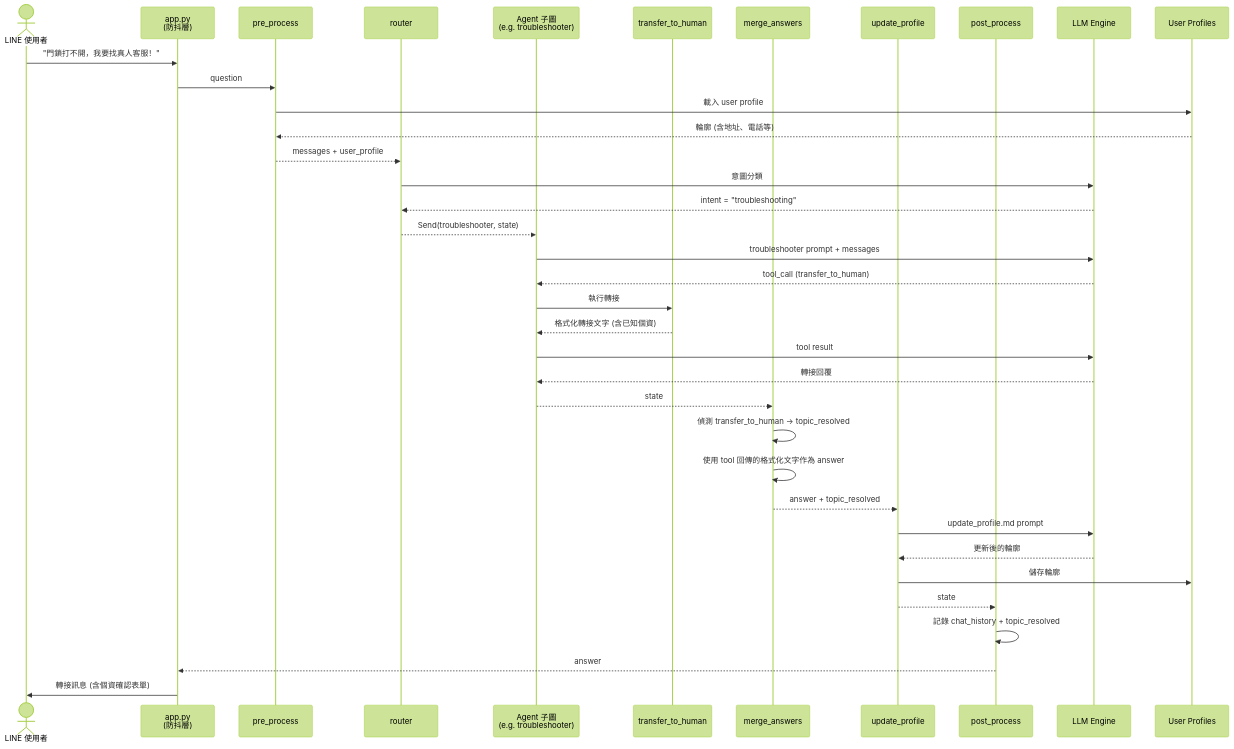
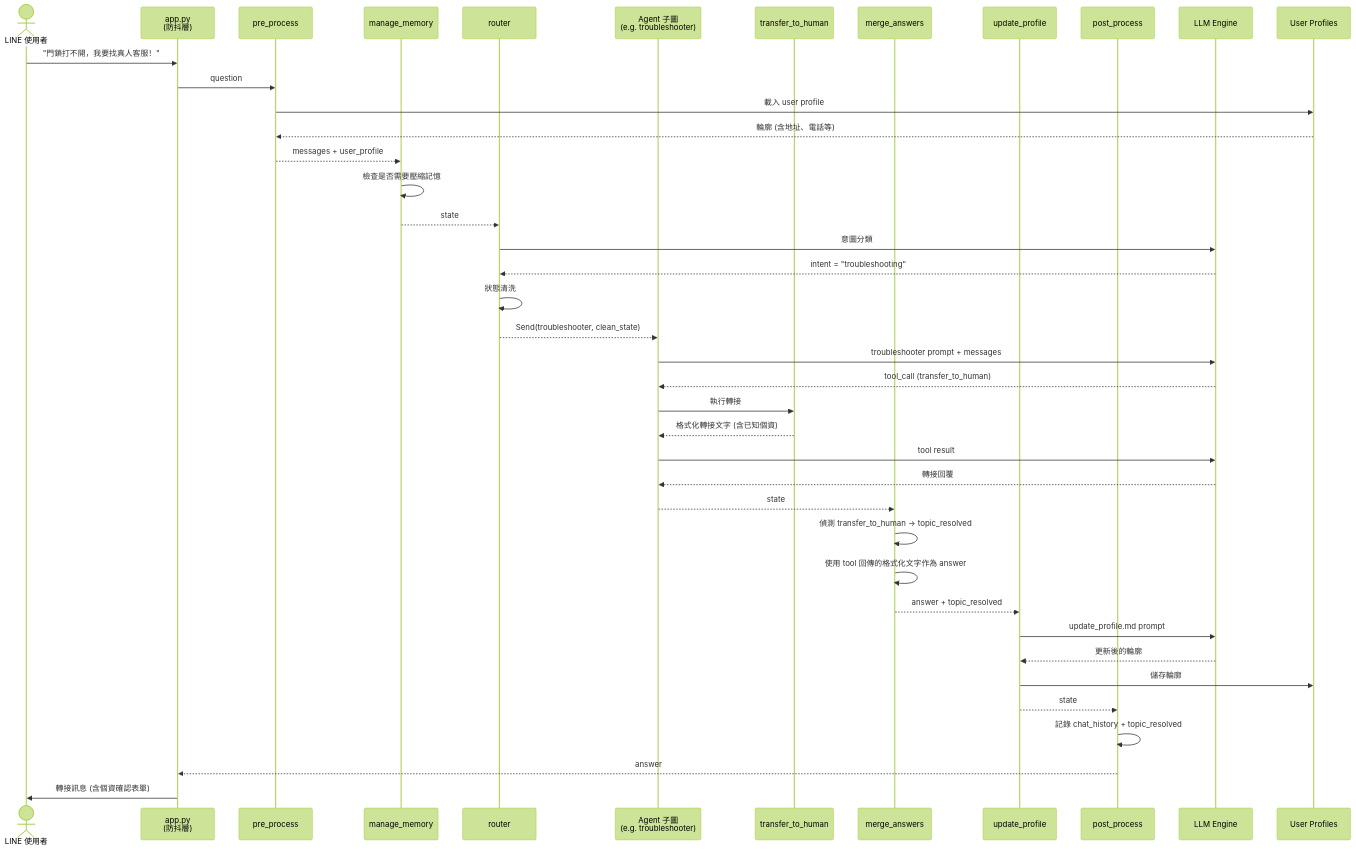
The fourth of 4 diagrams in docs/系統架構與流程圖.md (Imding1211/lock_AI_Agent), drawn with Mermaid (forest theme) before and after one commit. The commit also changed other lines of this file and 19 other files, not shown here.

First line of the commit message:
feat: 語意記憶壓縮 + SQLite 持久化 + Send() 狀態清洗 + 架構圖/文件全面更新

````diff
--- a/docs/系統架構與流程圖.md
+++ b/docs/系統架構與流程圖.md
@@ -264,46 +283,51 @@
 ```mermaid
 sequenceDiagram
     actor User as LINE 使用者
     participant App as app.py<br/>(防抖層)
     participant PP as pre_process
+    participant MM as manage_memory
     participant RT as router
     participant Agent as Agent 子圖<br/>(e.g. troubleshooter)
     participant Tool as transfer_to_human
     participant MA as merge_answers
     participant UP as update_profile
     participant Post as post_process
     participant LLM as LLM Engine
     participant Profile as User Profiles
 
     User->>App: "門鎖打不開，我要找真人客服！"
     App->>PP: question
 
     PP->>Profile: 載入 user profile
     Profile-->>PP: 輪廓 (含地址、電話等)
-    PP-->>RT: messages + user_profile
+    PP-->>MM: messages + user_profile
+
+    MM->>MM: 檢查是否需要壓縮記憶
+    MM-->>RT: state
 
     RT->>LLM: 意圖分類
     LLM-->>RT: intent = "troubleshooting"
-    RT-->>Agent: Send(troubleshooter, state)
+    RT->>RT: 狀態清洗
+    RT-->>Agent: Send(troubleshooter, clean_state)
 
     Agent->>LLM: troubleshooter prompt + messages
     LLM-->>Agent: tool_call (transfer_to_human)
     Agent->>Tool: 執行轉接
     Tool-->>Agent: 格式化轉接文字 (含已知個資)
     Agent->>LLM: tool result
     LLM-->>Agent: 轉接回覆
 
     Agent-->>MA: state
     MA->>MA: 偵測 transfer_to_human → topic_resolved
     MA->>MA: 使用 tool 回傳的格式化文字作為 answer
 
     MA-->>UP: answer + topic_resolved
     UP->>LLM: update_profile.md prompt
     LLM-->>UP: 更新後的輪廓
     UP->>Profile: 儲存輪廓
 
     UP-->>Post: state
     Post->>Post: 記錄 chat_history + topic_resolved
     Post-->>App: answer
     App->>User: 轉接訊息 (含個資確認表單)
 ```
````
